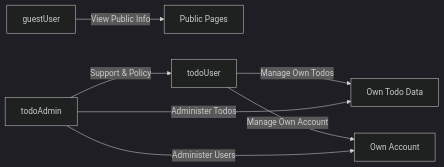
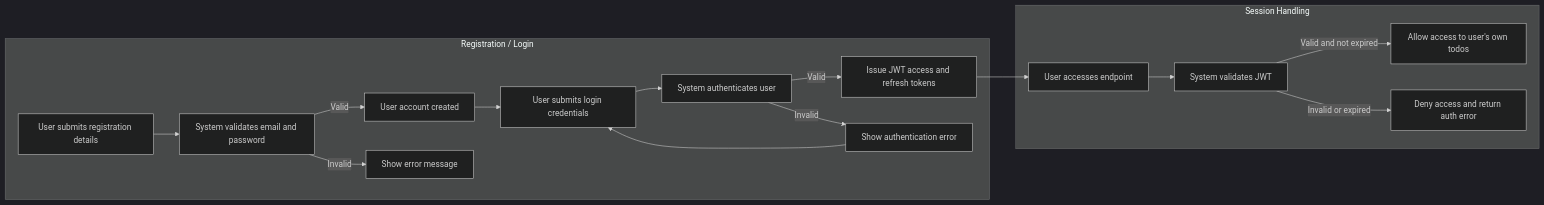
Before and after one commit to wrtnlabs/autobe-examples: the diagram in openai/gpt-5.1/todo/docs/analysis/02-user-actors-and-permissions.md, drawn with Mermaid (dark theme). The commit also changed other lines of this file and 3372 other files, not shown here.

````diff
--- a/openai/gpt-5.1/todo/docs/analysis/02-user-actors-and-permissions.md
+++ b/openai/gpt-5.1/todo/docs/analysis/02-user-actors-and-permissions.md
@@ -243,9 +37,19 @@
 ```mermaid
 graph LR
-  A["guestUser"] -->|"View Public Info"| B["Public Pages"]
-  C["todoUser"] -->|"Manage Own Todos"| D["Own Todo Data"]
-  C -->|"Manage Own Account"| E["Own Account"]
-  F["todoAdmin"] -->|"Support & Policy"| C
-  F -->|"Administer Users"| E
-  F -->|"Administer Todos"| D
+  subgraph "Registration / Login"
+    A["User submits registration details"] --> B["System validates email and password"]
+    B -->|"Valid"| C["User account created"]
+    B -->|"Invalid"| D["Show error message"]
+    E["User submits login credentials"] --> F["System authenticates user"]
+    F -->|"Valid"| G["Issue JWT access and refresh tokens"]
+    F -->|"Invalid"| H["Show authentication error"]
+  end
+  subgraph "Session Handling"
+    I["User accesses endpoint"] --> J["System validates JWT"]
+    J -->|"Valid and not expired"| K["Allow access to user's own todos"]
+    J -->|"Invalid or expired"| L["Deny access and return auth error"]
+  end
+  C --> E
+  G --> I
+  H --> E
 ```
````
